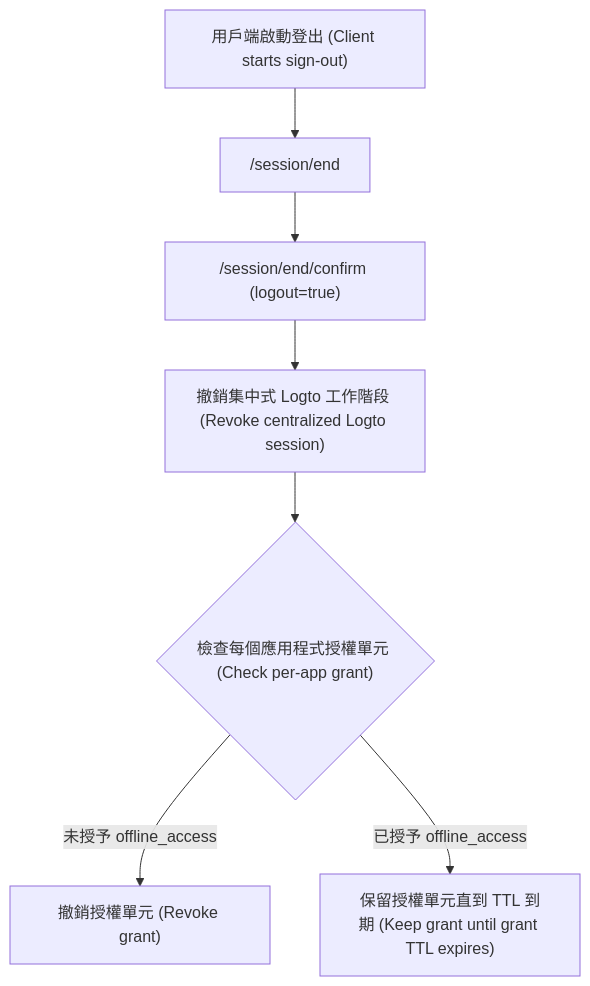
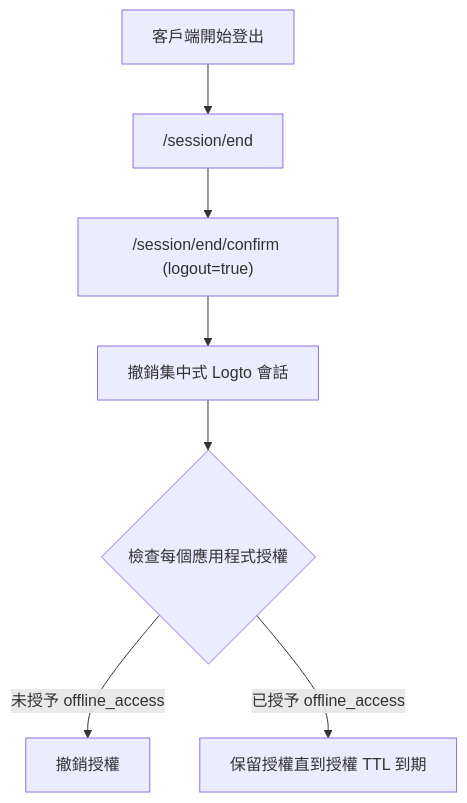
The diagram in i18n/zh-TW/docusaurus-plugin-content-docs/current/end-user-flows/sign-out.mdx (logto-io/docs), drawn with Mermaid before and after one commit. The commit also changed other lines of this file and 102 other files, not shown here.

````diff
--- a/i18n/zh-TW/docusaurus-plugin-content-docs/current/end-user-flows/sign-out.mdx
+++ b/i18n/zh-TW/docusaurus-plugin-content-docs/current/end-user-flows/sign-out.mdx
@@ -179,9 +45,9 @@
 ```mermaid
 flowchart TD
-  A["用戶端啟動登出 (Client starts sign-out)"] --> B["/session/end"]
+  A["客戶端開始登出"] --> B["/session/end"]
   B --> C["/session/end/confirm (logout=true)"]
-  C --> D["撤銷集中式 Logto 工作階段 (Revoke centralized Logto session)"]
-  D --> E{"檢查每個應用程式授權單元 (Check per-app grant)"}
-  E -->|"未授予 offline_access"| F["撤銷授權單元 (Revoke grant)"]
-  E -->|"已授予 offline_access"| G["保留授權單元直到 TTL 到期 (Keep grant until grant TTL expires)"]
+  C --> D["撤銷集中式 Logto 會話"]
+  D --> E{"檢查每個應用程式授權"}
+  E -->|"未授予 offline_access"| F["撤銷授權"]
+  E -->|"已授予 offline_access"| G["保留授權直到授權 TTL 到期"]
 ```
````
